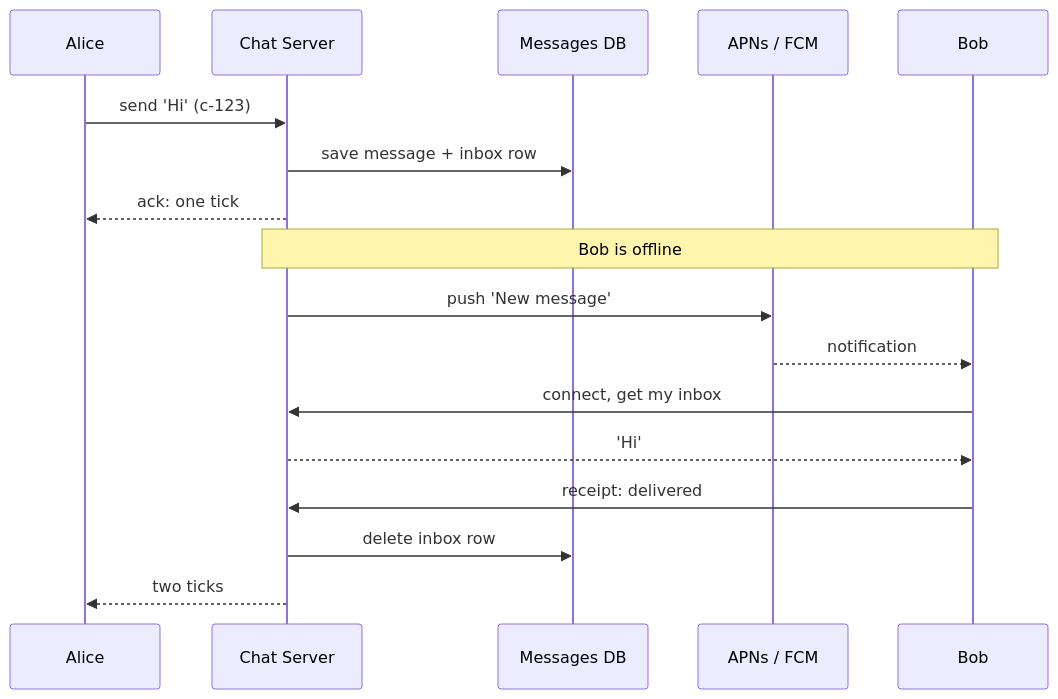
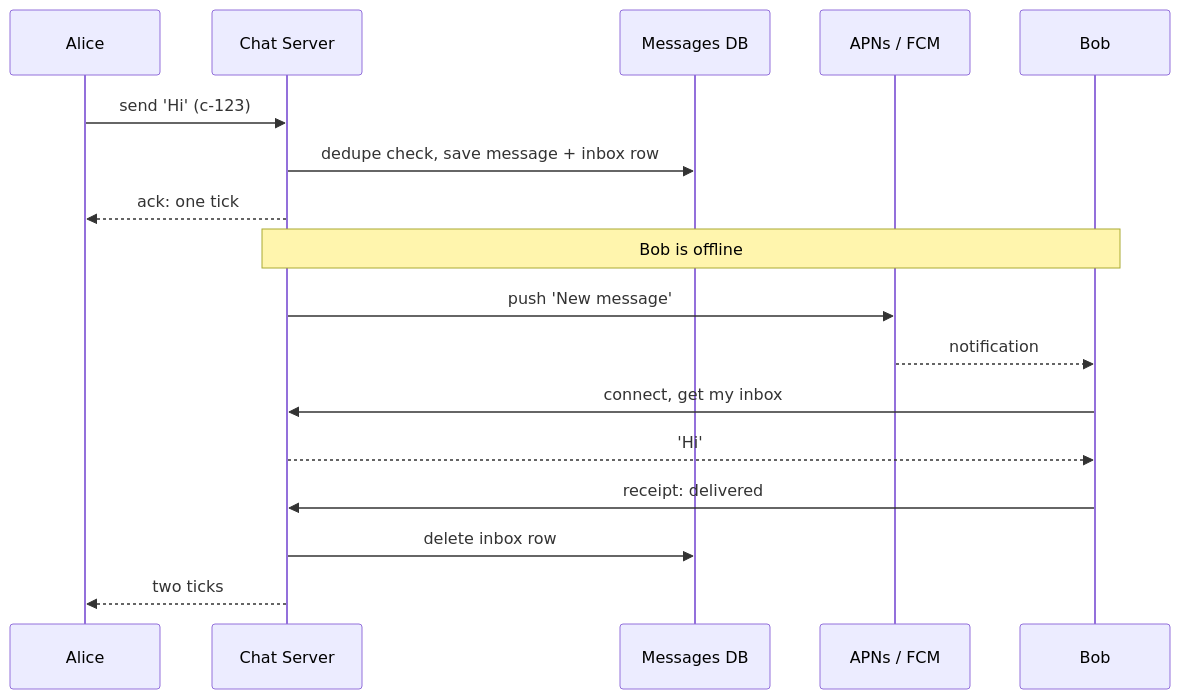
The third of 4 diagrams in content/system-design/questions/whatsapp.mdx (iamrs77/interview-ready), drawn with Mermaid before and after one commit. The commit also changed other lines of this file and 132 other files, not shown here.

````diff
--- a/content/system-design/questions/whatsapp.mdx
+++ b/content/system-design/questions/whatsapp.mdx
@@ -171,19 +174,19 @@
 ```mermaid
 sequenceDiagram
   participant A as Alice
   participant S as Chat Server
   participant D as Messages DB
   participant P as APNs / FCM
   participant B as Bob
   A->>S: send 'Hi' (c-123)
-  S->>D: save message + inbox row
+  S->>D: dedupe check, save message + inbox row
   S-->>A: ack: one tick
   Note over S,B: Bob is offline
   S->>P: push 'New message'
   P-->>B: notification
   B->>S: connect, get my inbox
   S-->>B: 'Hi'
   B->>S: receipt: delivered
   S->>D: delete inbox row
   S-->>A: two ticks
 ```
````
